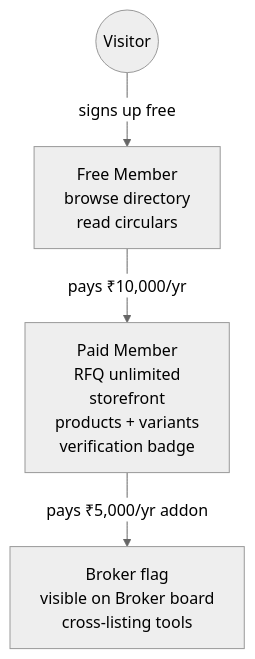
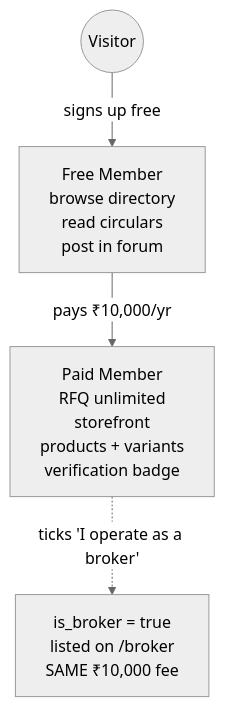
Before and after one commit to arka97/mddma-test: the first of 2 diagrams in src/content/docs/02-business-and-scope.md, drawn with Mermaid (neutral theme). The commit also changed other lines of this file and 1 other file, not shown here.

````diff
--- a/src/content/docs/02-business-and-scope.md
+++ b/src/content/docs/02-business-and-scope.md
@@ -16,6 +16,6 @@
 ```mermaid
 flowchart TD
-  Visitor((Visitor)) -->|signs up free| Free[Free Member<br/>browse directory<br/>read circulars]
+  Visitor((Visitor)) -->|signs up free| Free[Free Member<br/>browse directory<br/>read circulars<br/>post in forum]
   Free -->|pays ₹10,000/yr| Paid[Paid Member<br/>RFQ unlimited<br/>storefront<br/>products + variants<br/>verification badge]
-  Paid -->|pays ₹5,000/yr addon| Broker[Broker flag<br/>visible on Broker board<br/>cross-listing tools]
+  Paid -.ticks 'I operate as a broker'.-> Broker[is_broker = true<br/>listed on /broker<br/>SAME ₹10,000 fee]
 ```
````
